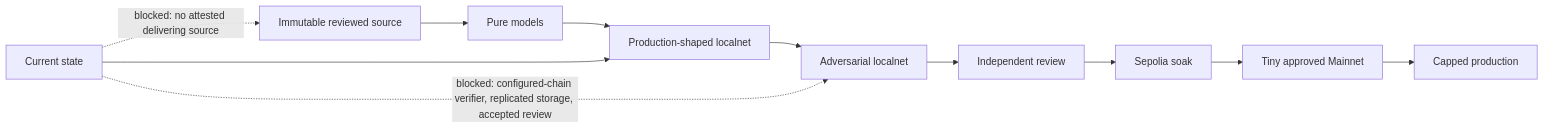
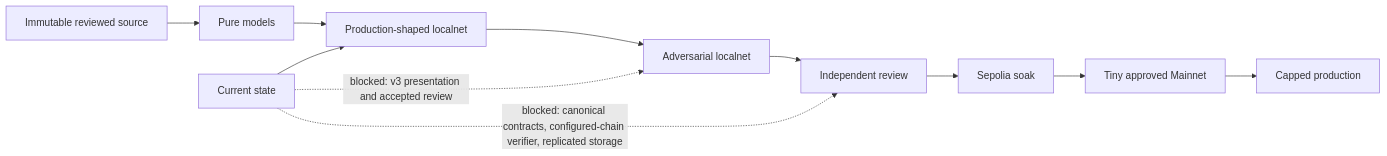
Before and after one commit to gstohl/app20: the tenth of 10 diagrams in docs/APP20_PROCESS_DIAGRAMS.md, drawn with Mermaid. The commit also changed other lines of this file and 80 other files, not shown here.

````diff
--- a/docs/APP20_PROCESS_DIAGRAMS.md
+++ b/docs/APP20_PROCESS_DIAGRAMS.md
@@ -201,14 +248,14 @@
 ```mermaid
 flowchart LR
     P0[Immutable reviewed source] --> P1[Pure models]
     P1 --> P2[Production-shaped localnet]
     P2 --> P3[Adversarial localnet]
     P3 --> P4[Independent review]
     P4 --> P5[Sepolia soak]
     P5 --> P6[Tiny approved Mainnet]
     P6 --> P7[Capped production]
 
     D[Current state] --> P2
-    D -. blocked: no attested delivering source .-> P0
-    D -. blocked: configured-chain verifier, replicated storage, accepted review .-> P3
+    D -. blocked: v3 presentation and accepted review .-> P3
+    D -. blocked: canonical contracts, configured-chain verifier, replicated storage .-> P4
 ```
````
